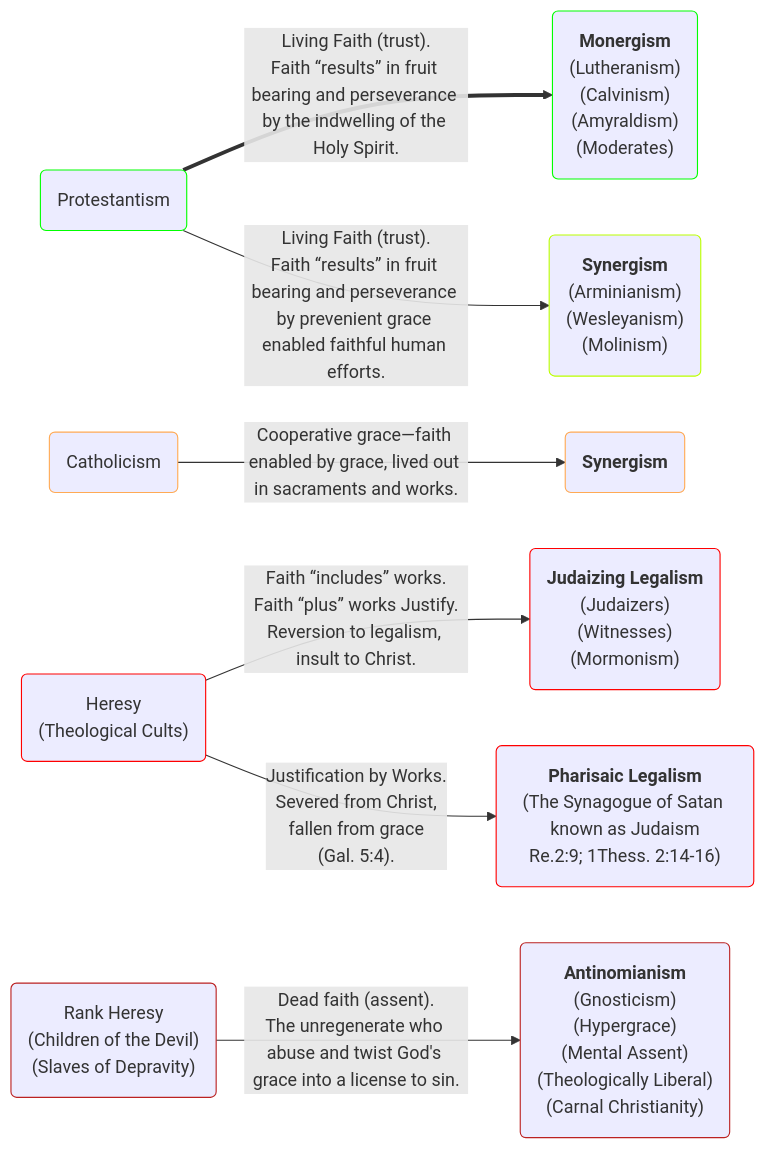
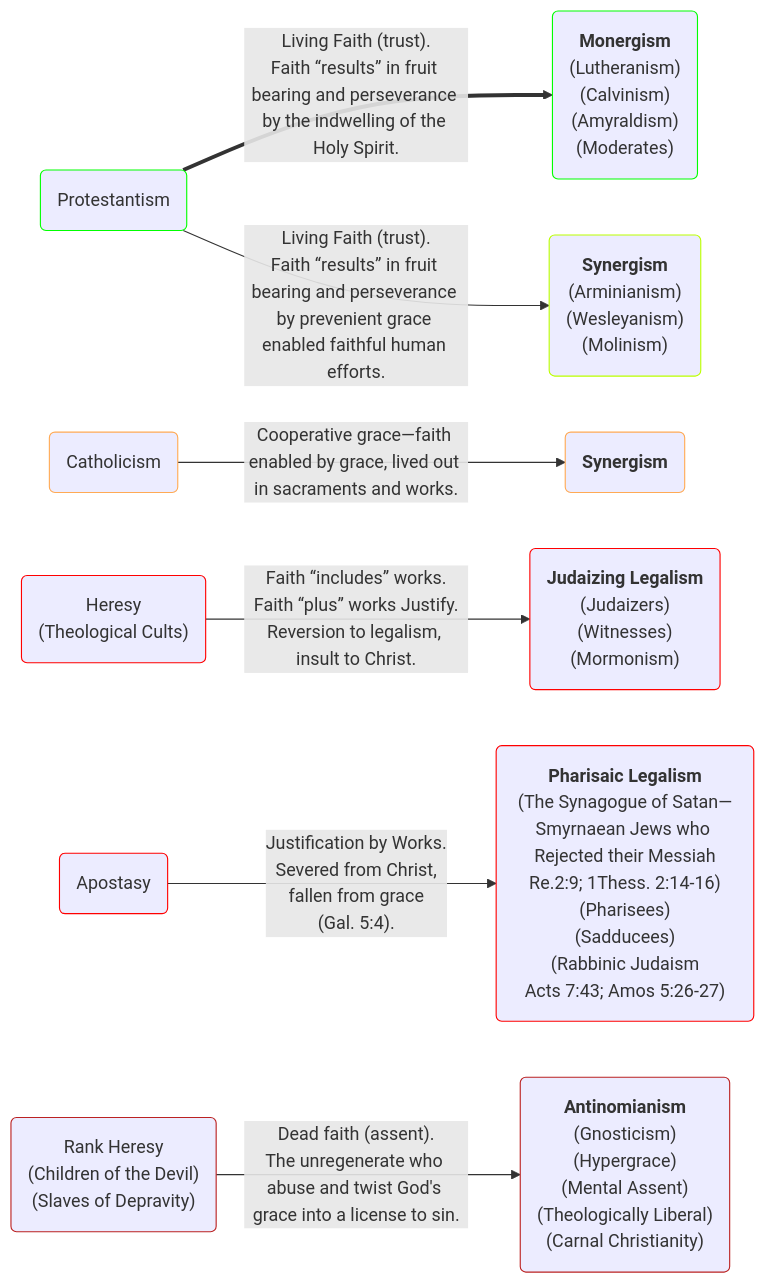
The first of 2 diagrams in _posts/2025-08-03-historic-protestant-position.markdown (OrdoLuminis/ordoluminis.github.io), drawn with Mermaid before and after one commit. The commit also changed other lines of this file, not shown here.

````diff
--- a/_posts/2025-08-03-historic-protestant-position.markdown
+++ b/_posts/2025-08-03-historic-protestant-position.markdown
@@ -51,18 +55,19 @@
 ```mermaid
 flowchart LR
     A(Protestantism):::green
     B(Catholicism):::orange
     C(Heresy<br>&lpar;Theological Cults&rpar;):::red
-    D(Rank Heresy<br>&lpar;Children of the Devil&rpar;<br>&lpar;Slaves of Depravity&rpar;):::firebrick
-    A ==>|Living Faith &lpar;trust&rpar;.<br>Faith &ldquo;results&rdquo; in fruit bearing and perseverance by the indwelling of the Holy Spirit.| E(<strong>Monergism</strong><br>&lpar;Lutheranism&rpar;<br>&lpar;Calvinism&rpar;<br>&lpar;Amyraldism&rpar;<br>&lpar;Moderates&rpar;):::green
-    A -->|Living Faith &lpar;trust&rpar;.<br>Faith &ldquo;results&rdquo; in fruit bearing and perseverance by prevenient grace enabled faithful human efforts.| F(<strong>Synergism</strong><br>&lpar;Arminianism&rpar;<br>&lpar;Wesleyanism&rpar;<br>&lpar;Molinism&rpar;):::lightgreen
-    B -->|Cooperative grace&mdash;faith enabled by grace, lived out in sacraments and works.|G(<strong>Synergism</strong>):::orange
+    D(Apostasy):::red
+    E(Rank Heresy<br>&lpar;Children of the Devil&rpar;<br>&lpar;Slaves of Depravity&rpar;):::firebrick
+    A ==>|Living Faith &lpar;trust&rpar;.<br>Faith &ldquo;results&rdquo; in fruit bearing and perseverance by the indwelling of the Holy Spirit.| F(<strong>Monergism</strong><br>&lpar;Lutheranism&rpar;<br>&lpar;Calvinism&rpar;<br>&lpar;Amyraldism&rpar;<br>&lpar;Moderates&rpar;):::green
+    A -->|Living Faith &lpar;trust&rpar;.<br>Faith &ldquo;results&rdquo; in fruit bearing and perseverance by prevenient grace enabled faithful human efforts.| G(<strong>Synergism</strong><br>&lpar;Arminianism&rpar;<br>&lpar;Wesleyanism&rpar;<br>&lpar;Molinism&rpar;):::lightgreen
+    B -->|Cooperative grace&mdash;faith enabled by grace, lived out in sacraments and works.|H(<strong>Synergism</strong>):::orange
     C -->|Faith &ldquo;includes&rdquo; works.<br>Faith &ldquo;plus&rdquo; works Justify.<br>Reversion to legalism, insult to Christ.| I(<strong>Judaizing Legalism</strong><br>&lpar;Judaizers&rpar;<br>&lpar;Witnesses&rpar;<br>&lpar;Mormonism&rpar;):::red
-    C -->|Justification by Works.<br>Severed from Christ,<br>fallen from grace<br>&lpar;Gal. 5:4&rpar;.| H(<strong>Pharisaic Legalism</strong><br>&lpar;The Synagogue of Satan known as Judaism<br>Re.2:9; 1Thess. 2:14-16&rpar;):::red
-    D -->|Dead faith &lpar;assent&rpar;.<br>The unregenerate who abuse and twist God's grace into a license to sin.| J(<strong>Antinomianism</strong><br>&lpar;Gnosticism&rpar;<br>&lpar;Hypergrace&rpar;<br>&lpar;Mental Assent&rpar;<br>&lpar;Theologically Liberal&rpar;<br>&lpar;Carnal Christianity&rpar;):::firebrick
+    D -->|Justification by Works.<br>Severed from Christ,<br>fallen from grace<br>&lpar;Gal. 5:4&rpar;.| J(<strong>Pharisaic Legalism</strong><br>&lpar;The Synagogue of Satan—Smyrnaean Jews who Rejected their Messiah<br>Re.2:9; 1Thess. 2:14-16&rpar;<br>&lpar;Pharisees&rpar;<br>&lpar;Sadducees&rpar;<br>&lpar;Rabbinic Judaism<br>Acts 7:43; Amos 5:26-27&rpar;):::red
+    E -->|Dead faith &lpar;assent&rpar;.<br>The unregenerate who abuse and twist God's grace into a license to sin.| K(<strong>Antinomianism</strong><br>&lpar;Gnosticism&rpar;<br>&lpar;Hypergrace&rpar;<br>&lpar;Mental Assent&rpar;<br>&lpar;Theologically Liberal&rpar;<br>&lpar;Carnal Christianity&rpar;):::firebrick
     classDef red stroke:#f00
     classDef green stroke:#0f0
     classDef lightgreen stroke:#Bf0
     classDef orange stroke:#fa5
     classDef firebrick stroke:#b22
 ```
````
